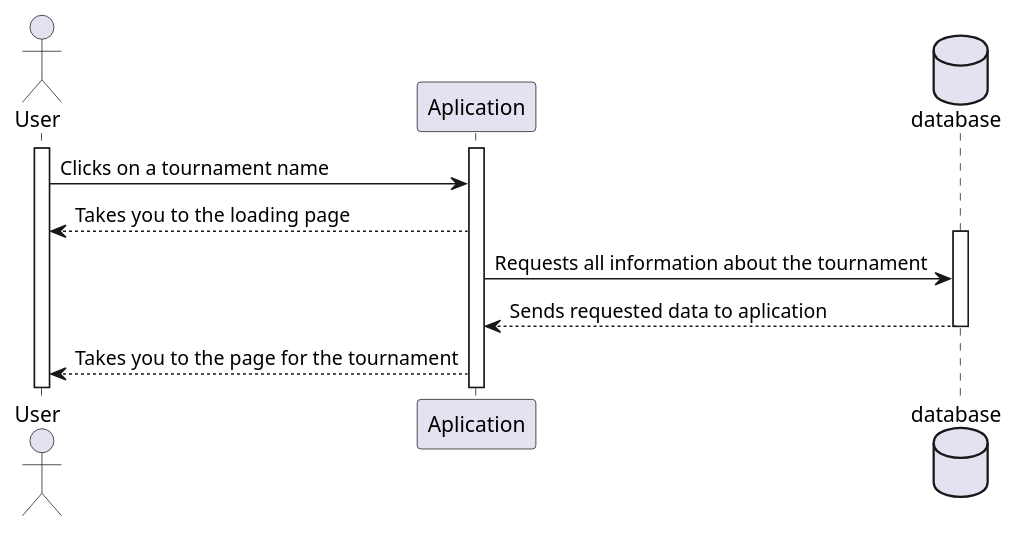
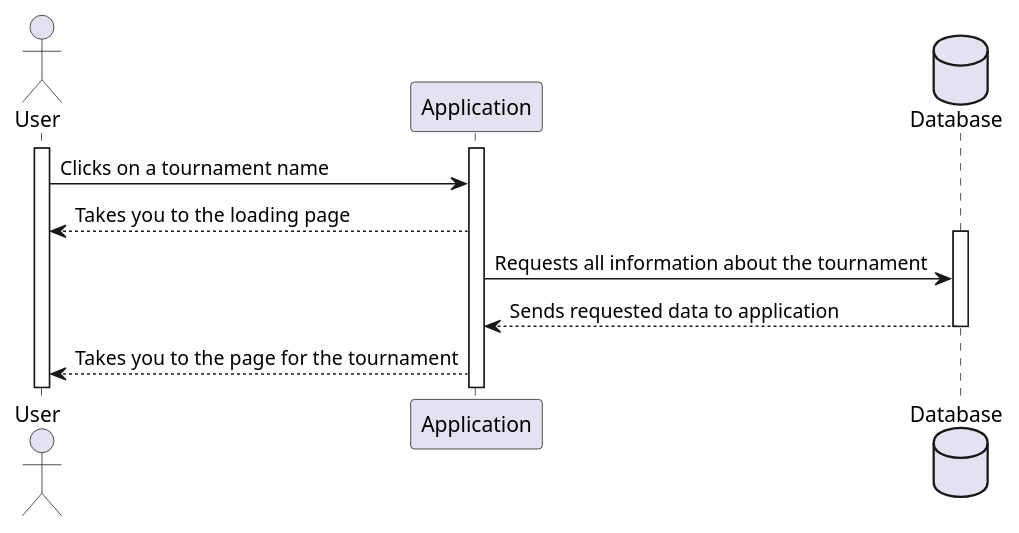
One commit to itzMesh/DCST1008-Prosjekt changed the diagram in ProjektUML/SequencediagramUserAppData/sequence_diagram_loadTournament.wsd. Above: the diagram before and after it, drawn with PlantUML. The commit also changed 17 other files, not shown here.

Commit message:
Sequence fix

```diff
--- a/ProjektUML/SequencediagramUserAppData/sequence_diagram_loadTournament.wsd
+++ b/ProjektUML/SequencediagramUserAppData/sequence_diagram_loadTournament.wsd
@@ -1,20 +1,20 @@
 @startuml createTournament
 
 actor User as U
-participant Aplication as A
-Database database as D
+participant Application as A
+Database Database as D
 
 activate U
 activate A
 
 U->A: Clicks on a tournament name
 A-->U: Takes you to the loading page
 activate D
 A->D: Requests all information about the tournament
-D-->A: Sends requested data to aplication
+D-->A: Sends requested data to application
 deactivate D
 A-->U: Takes you to the page for the tournament
 
 
 
 @enduml
```
